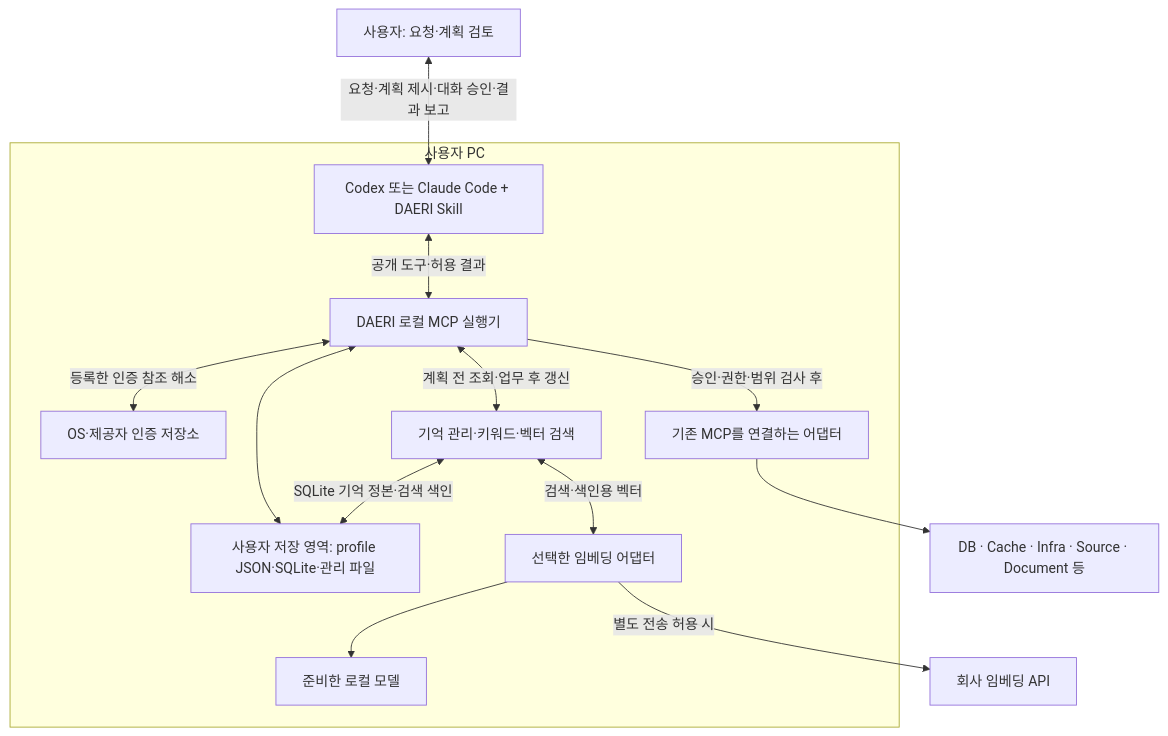
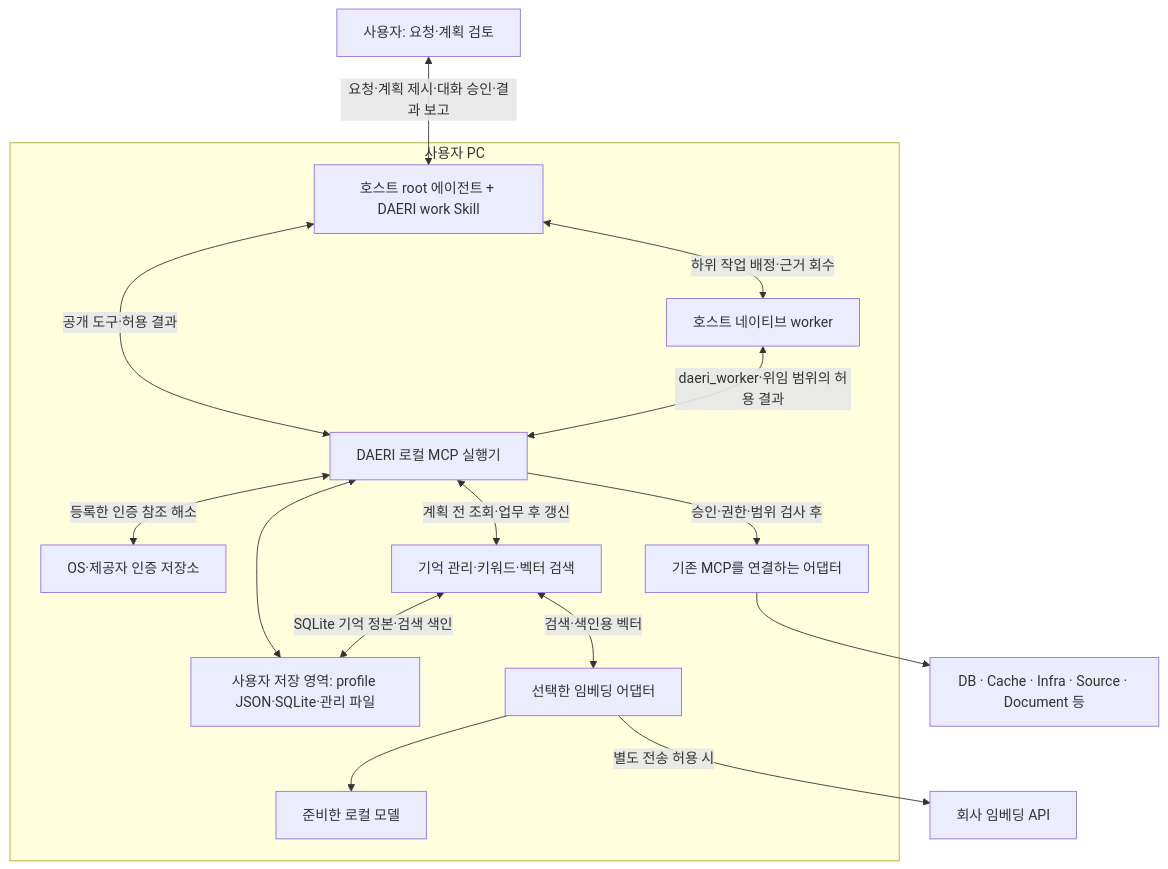
The diagram in docs/architecture/overview.md (VVoodyHong/DAERI), drawn with Mermaid before and after one commit. The commit also changed other lines of this file and 46 other files, not shown here.

````diff
--- a/docs/architecture/overview.md
+++ b/docs/architecture/overview.md
@@ -15,25 +15,28 @@
 ```mermaid
 flowchart TB
     U[사용자: 요청·계획 검토]
     subgraph PC[사용자 PC]
-        H[Codex 또는 Claude Code + DAERI Skill]
+        H[호스트 root 에이전트 + DAERI work Skill]
+        W[호스트 네이티브 worker]
         D[DAERI 로컬 MCP 실행기]
         S[사용자 저장 영역: profile JSON·SQLite·관리 파일]
         C[OS·제공자 인증 저장소]
         M[기억 관리·키워드·벡터 검색]
         E[선택한 임베딩 어댑터]
         L[준비한 로컬 모델]
         A[기존 MCP를 연결하는 어댑터]
         H <-->|공개 도구·허용 결과| D
+        H <-->|하위 작업 배정·근거 회수| W
+        W <-->|daeri_worker·위임 범위의 허용 결과| D
         D <--> S
         D <-->|등록한 인증 참조 해소| C
         D <-->|계획 전 조회·업무 후 갱신| M
         M <-->|SQLite 기억 정본·검색 색인| S
         M <-->|검색·색인용 벡터| E
         E --> L
         D -->|승인·권한·범위 검사 후| A
     end
     U <-->|요청·계획 제시·대화 승인·결과 보고| H
     A --> R[DB · Cache · Infra · Source · Document 등]
     E -->|별도 전송 허용 시| API[회사 임베딩 API]
 ```
````
